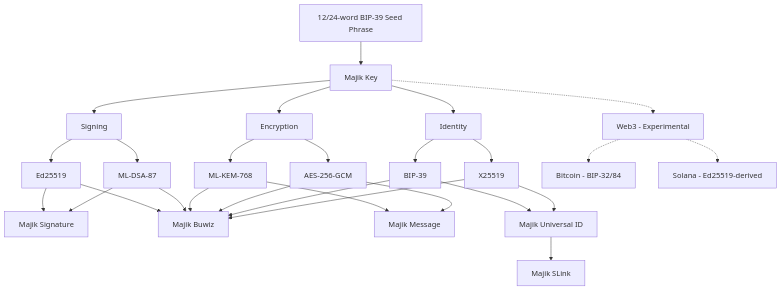
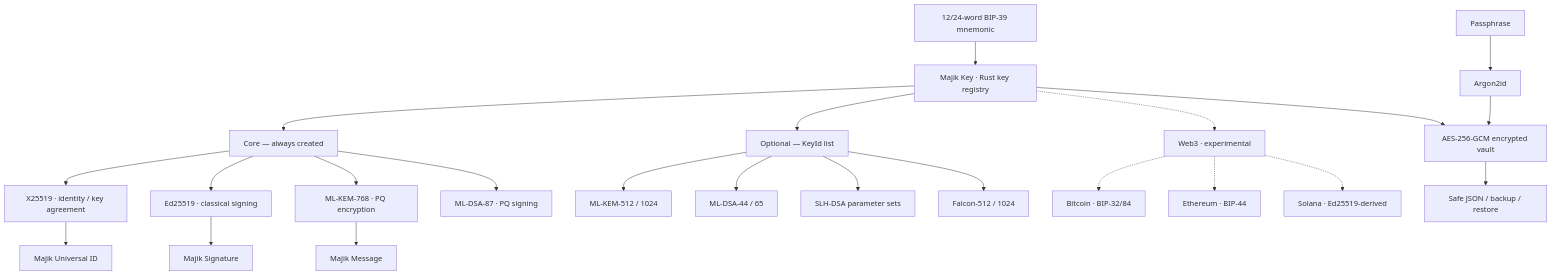
The diagram in README.md (Majikah/majik-key-rs), drawn with Mermaid before and after one commit. The commit also changed other lines of this file and 72 other files, not shown here.

````diff
--- a/README.md
+++ b/README.md
@@ -34,43 +530,29 @@
 ```mermaid
 flowchart TD
-    A[12/24-word BIP-39 Seed Phrase] --> B[Majik Key]
+    A["12/24-word BIP-39 mnemonic"] --> B["Majik Key · Rust key registry"]
 
-    %% Signing branch
-    B --> S[Signing]
-    S --> S1[Ed25519]
-    S --> S2[ML-DSA-87]
+    B --> C["Core — always created"]
+    C --> C1["X25519 · identity / key agreement"]
+    C --> C2["Ed25519 · classical signing"]
+    C --> C3["ML-KEM-768 · PQ encryption"]
+    C --> C4["ML-DSA-87 · PQ signing"]
 
-    %% Encryption branch
-    B --> E[Encryption]
-    E --> E1[ML-KEM-768]
-    E --> E2[AES-256-GCM]
+    B --> O["Optional — KeyId list"]
+    O --> O1["ML-KEM-512 / 1024"]
+    O --> O2["ML-DSA-44 / 65"]
+    O --> O3["SLH-DSA parameter sets"]
+    O --> O4["Falcon-512 / 1024"]
 
-    %% Identity branch
-    B --> I[Identity]
-    I --> I1[BIP-39]
-    I --> I2[X25519]
+    B -.-> W["Web3 · experimental"]
+    W -.-> W1["Bitcoin · BIP-32/84"]
+    W -.-> W2["Ethereum · BIP-44"]
+    W -.-> W3["Solana · Ed25519-derived"]
 
-    %% Experimental Web3 branch
-    B -.-> W[Web3 - Experimental]
-    W -.-> W1[Bitcoin - BIP-32/84]
-    W -.-> W2[Solana - Ed25519-derived]
+    B --> E["AES-256-GCM encrypted vault"]
+    P["Passphrase"] --> K["Argon2id"] --> E
 
-    %% Products (fan-in)
-    S1 --> P1[Majik Signature]
-    S2 --> P1
-
-    S1 --> P2[Majik Buwiz]
-    S2 --> P2
-    E1 --> P2
-    E2 --> P2
-    I1 --> P2
-    I2 --> P2
-
-    E1 --> P3[Majik Message]
-    E2 --> P3
-
-    I1 --> P4[Majik Universal ID]
-    I2 --> P4
-
-    P4 --> P5[Majik SLink]
+    C2 --> S["Majik Signature"]
+    C3 --> M["Majik Message"]
+    C1 --> I["Majik Universal ID"]
+    E --> R["Safe JSON / backup / restore"]
 ```
````
